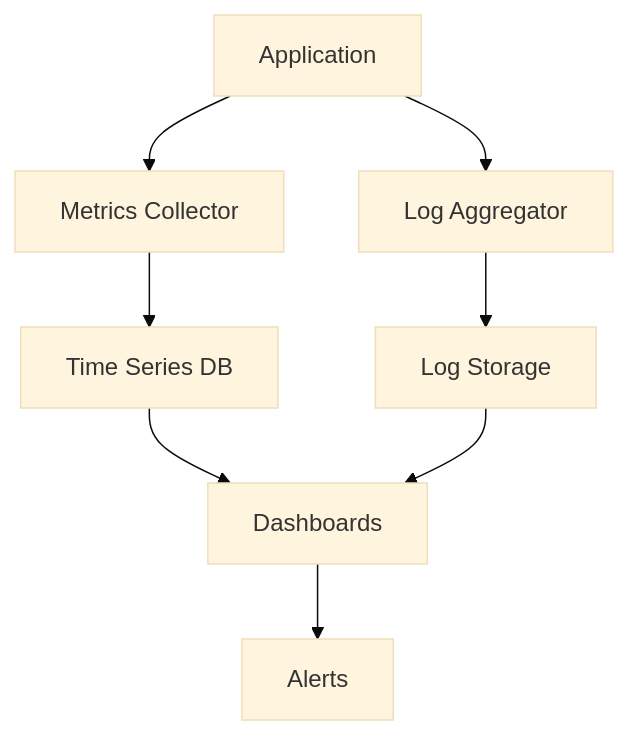
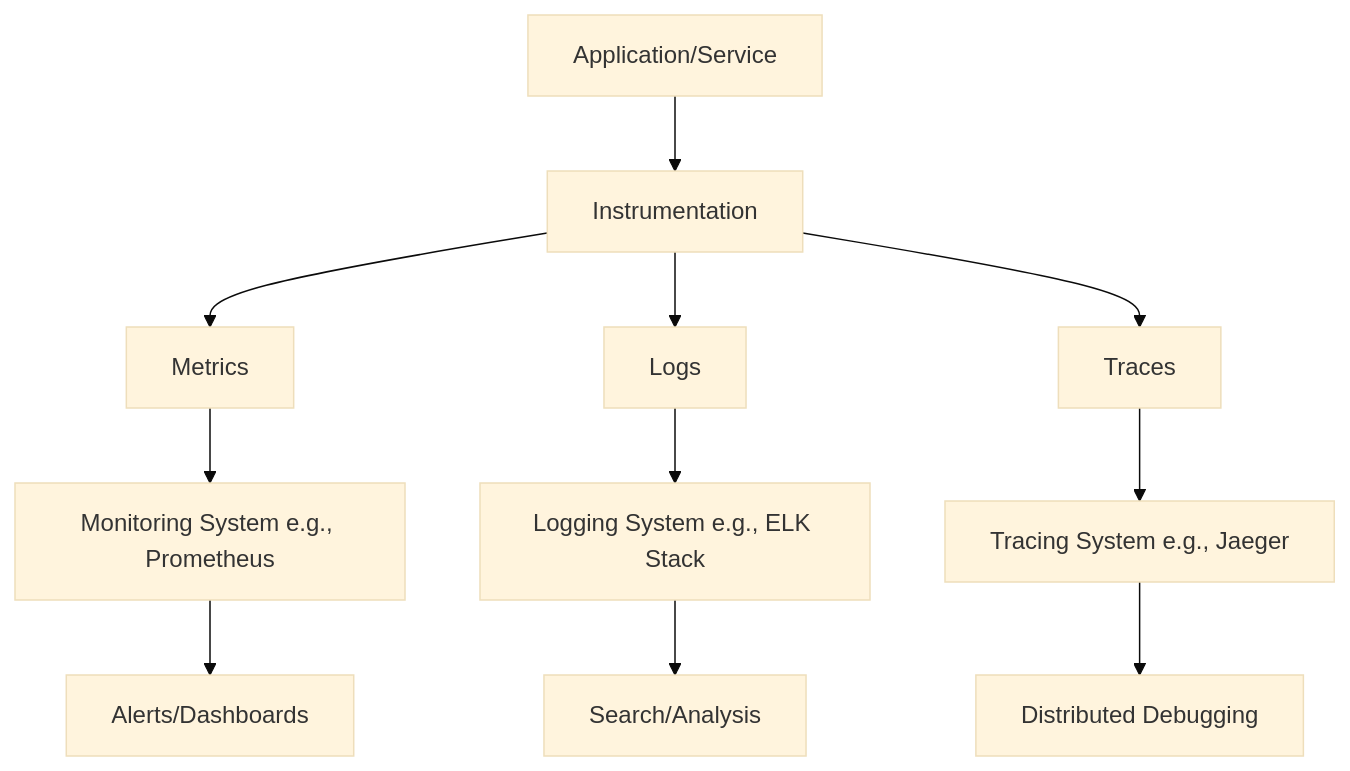
Before and after one commit to VrushankPatel/interview-matters: the first of 2 diagrams in monitoring-and-logging/README.md, drawn with Mermaid (base theme). The commit also changed other lines of this file and 5 other files, not shown here.

Commit message:
kb: add/update topics Monitoring and Logging, Async logging, DevOps & Infrastructure as Code, Proxy forward and reverse, Load balancing and strategies

````diff
--- a/monitoring-and-logging/README.md
+++ b/monitoring-and-logging/README.md
@@ -40,10 +40,13 @@
 ```mermaid
 graph TD
-    A[Application] --> B[Metrics Collector]
-    A --> C[Log Aggregator]
-    B --> D[Time Series DB]
-    C --> E[Log Storage]
-    D --> F[Dashboards]
-    E --> F
-    F --> G[Alerts]
+    A[Application/Service] --> B[Instrumentation]
+    B --> C[Metrics]
+    B --> D[Logs]
+    B --> E[Traces]
+    C --> F[Monitoring System e.g., Prometheus]
+    D --> G[Logging System e.g., ELK Stack]
+    E --> H[Tracing System e.g., Jaeger]
+    F --> I[Alerts/Dashboards]
+    G --> J[Search/Analysis]
+    H --> K[Distributed Debugging]
 ```
````
